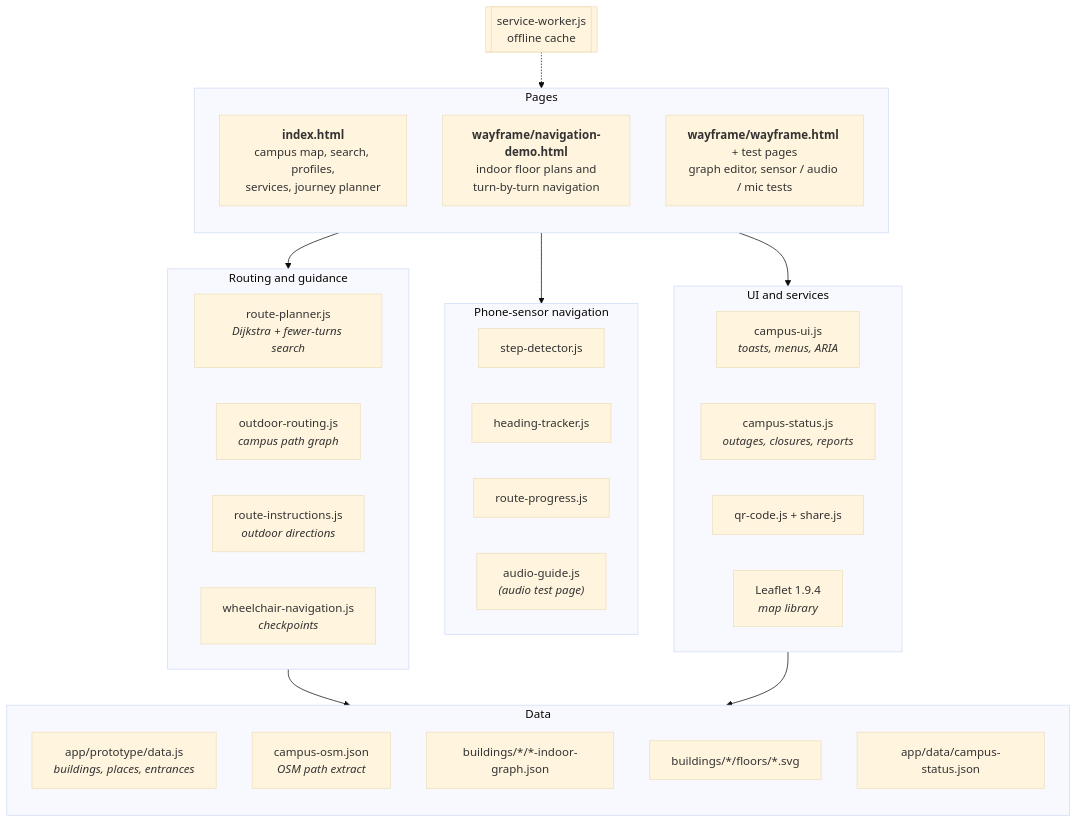
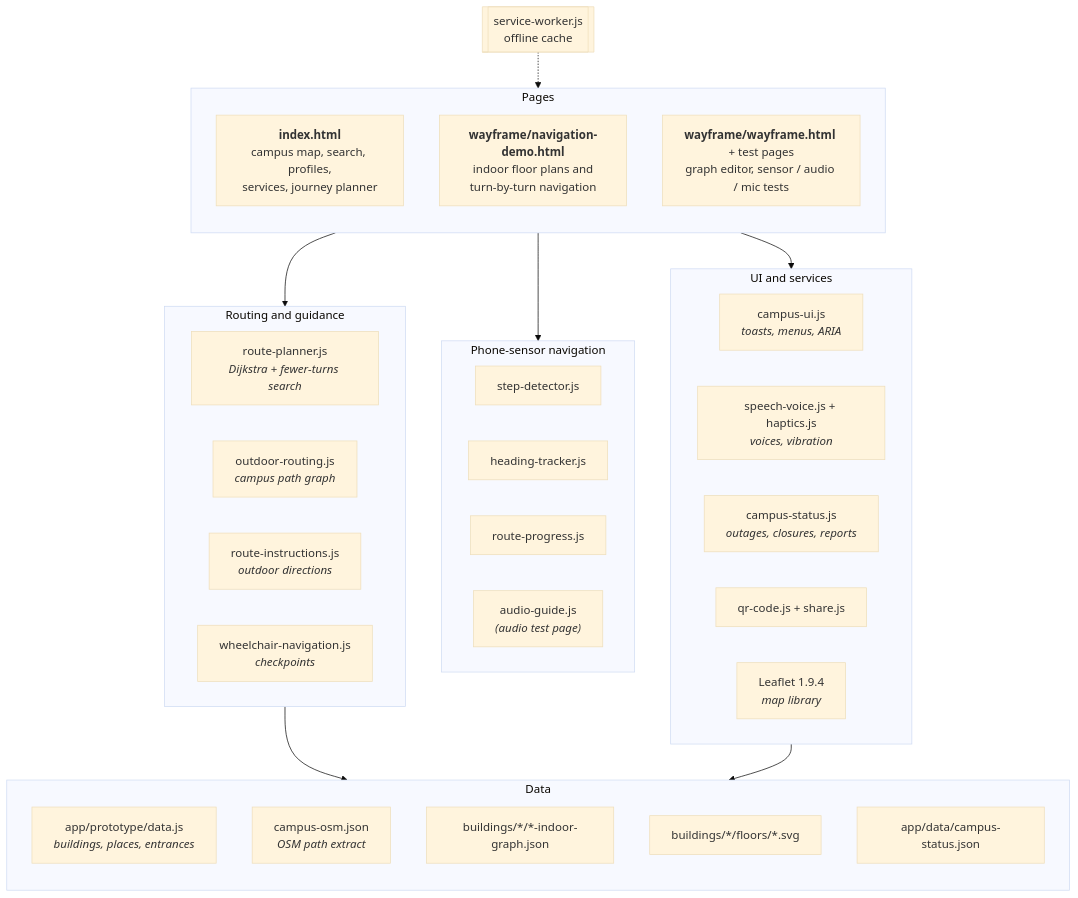
One commit to hadeel-hamodi/CampusWay changed the diagram in docs/diagrams/02-components.mmd. Above: the diagram before and after it, drawn with Mermaid (base theme). The commit also changed 79 other files, not shown here.

```diff
--- a/docs/diagrams/02-components.mmd
+++ b/docs/diagrams/02-components.mmd
@@ -1,49 +1,50 @@
 flowchart TB
     subgraph pages["Pages"]
         direction TB
         main["<b>index.html</b><br/>campus map, search, profiles,<br/>services, journey planner"]
         indoor["<b>wayframe/navigation-demo.html</b><br/>indoor floor plans and<br/>turn-by-turn navigation"]
         tools["<b>wayframe/wayframe.html</b> + test pages<br/>graph editor, sensor / audio / mic tests"]
     end
 
     subgraph routing["Routing and guidance"]
         direction LR
         rp["route-planner.js<br/><i>Dijkstra + fewer-turns search</i>"]
         out["outdoor-routing.js<br/><i>campus path graph</i>"]
         instr["route-instructions.js<br/><i>outdoor directions</i>"]
         wc["wheelchair-navigation.js<br/><i>checkpoints</i>"]
     end
 
     subgraph sensing["Phone-sensor navigation"]
         direction LR
         step["step-detector.js"]
         head["heading-tracker.js"]
         prog["route-progress.js"]
         audio["audio-guide.js<br/><i>(audio test page)</i>"]
     end
 
     subgraph uimods["UI and services"]
         direction LR
         cui["campus-ui.js<br/><i>toasts, menus, ARIA</i>"]
+        voice["speech-voice.js + haptics.js<br/><i>voices, vibration</i>"]
         status["campus-status.js<br/><i>outages, closures, reports</i>"]
         qr["qr-code.js + share.js"]
         leaflet["Leaflet 1.9.4<br/><i>map library</i>"]
     end
 
     subgraph data["Data"]
         direction TB
         cdata["app/prototype/data.js<br/><i>buildings, places, entrances</i>"]
         osmjson["campus-osm.json<br/><i>OSM path extract</i>"]
         graphs["buildings/*/*-indoor-graph.json"]
         svgs["buildings/*/floors/*.svg"]
         sjson["app/data/campus-status.json"]
     end
 
     sw[["service-worker.js<br/>offline cache"]]
 
     pages --> routing
     pages --> sensing
     pages --> uimods
     routing --> data
     uimods --> data
     sw -.-> pages
```
